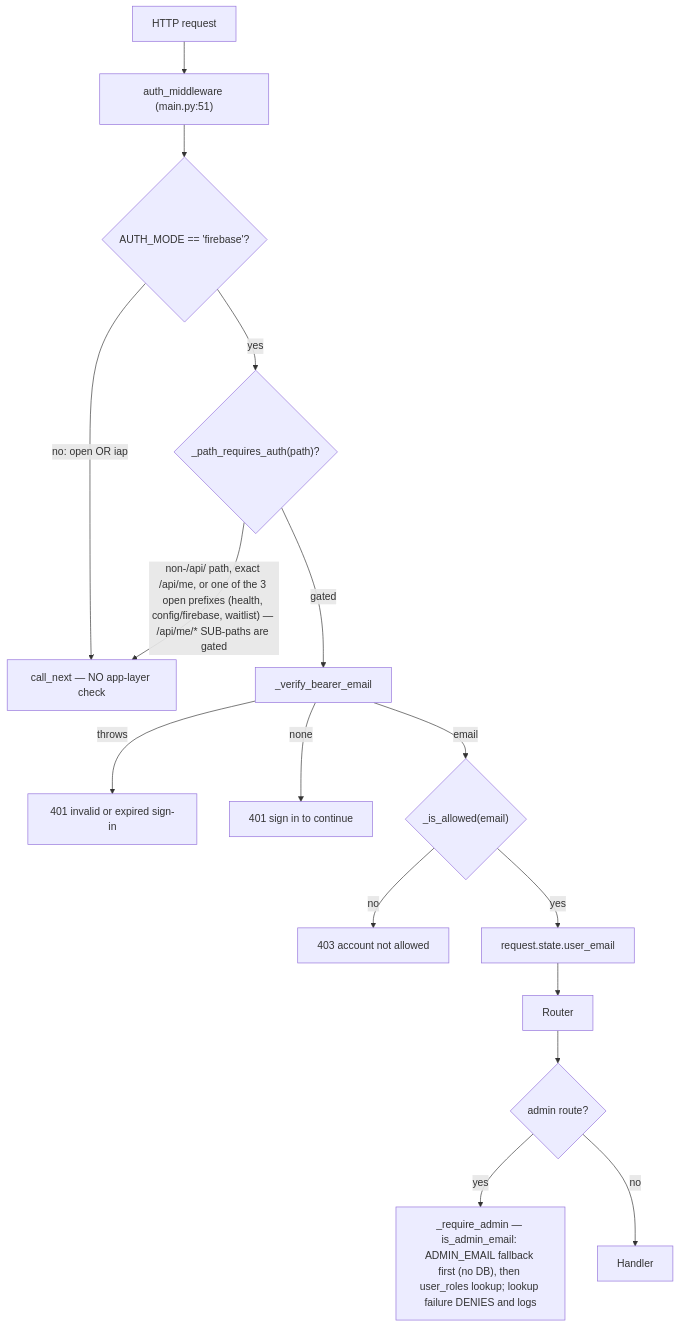
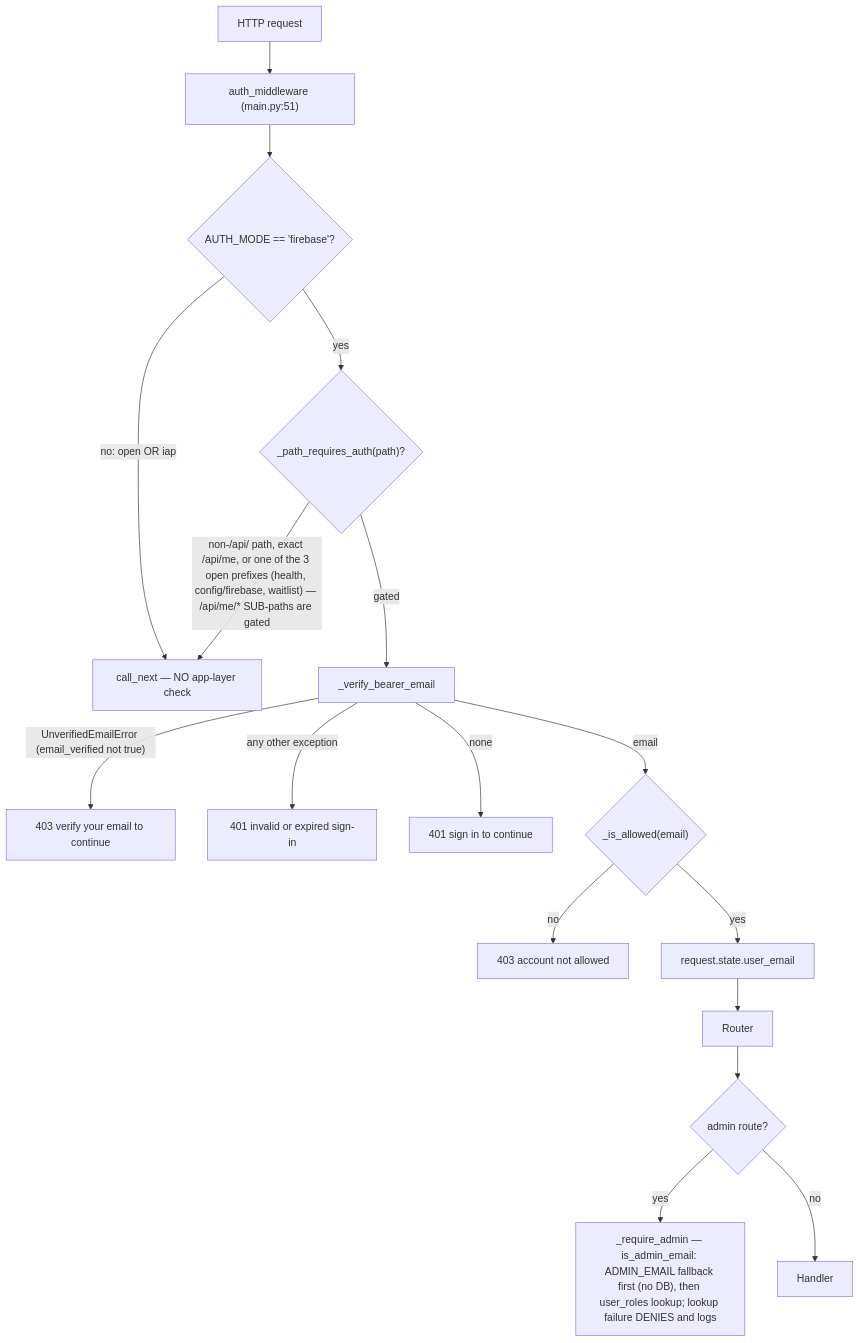
Before and after one commit to TeneikaAskew/stocks: the diagram in docs/product/09-SECURITY-AUTH.md, drawn with Mermaid. The commit also changed other lines of this file and 4 other files, not shown here.

````diff
--- a/docs/product/09-SECURITY-AUTH.md
+++ b/docs/product/09-SECURITY-AUTH.md
@@ -27,17 +31,18 @@
 ```mermaid
 flowchart TB
  REQ[HTTP request] --> MW["auth_middleware (main.py:51)"]
  MW --> M{"AUTH_MODE == 'firebase'?"}
  M -->|no: open OR iap| PASS[call_next — NO app-layer check]
  M -->|yes| P{"_path_requires_auth(path)?"}
  P -->|"non-/api/ path, exact /api/me, or one of the 3 open prefixes (health, config/firebase, waitlist) — /api/me/* SUB-paths are gated"| PASS
  P -->|gated| V["_verify_bearer_email"]
- V -->|throws| E401[401 invalid or expired sign-in]
+ V -->|"UnverifiedEmailError (email_verified not true)"| E403v[403 verify your email to continue]
+ V -->|any other exception| E401[401 invalid or expired sign-in]
  V -->|none| E401b[401 sign in to continue]
  V -->|email| AL{"_is_allowed(email)"}
  AL -->|no| E403[403 account not allowed]
  AL -->|yes| ST[request.state.user_email] --> ROUTER[Router]
  ROUTER --> ADM{"admin route?"}
  ADM -->|yes| RA["_require_admin — is_admin_email: ADMIN_EMAIL fallback first (no DB), then user_roles lookup; lookup failure DENIES and logs"]
  ADM -->|no| OK[Handler]
 ```
````
